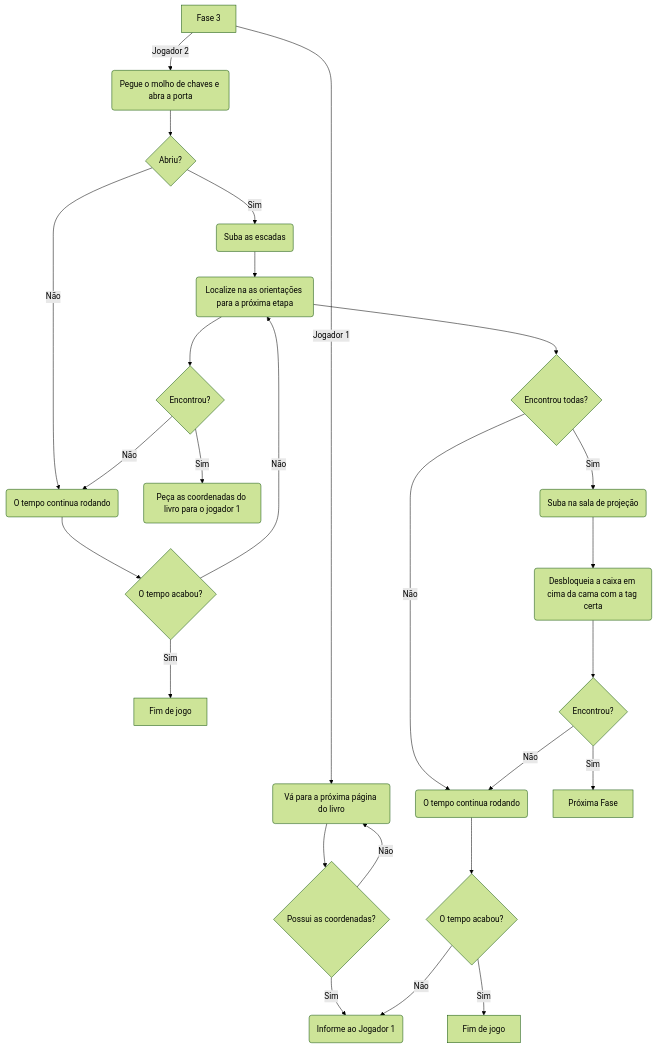
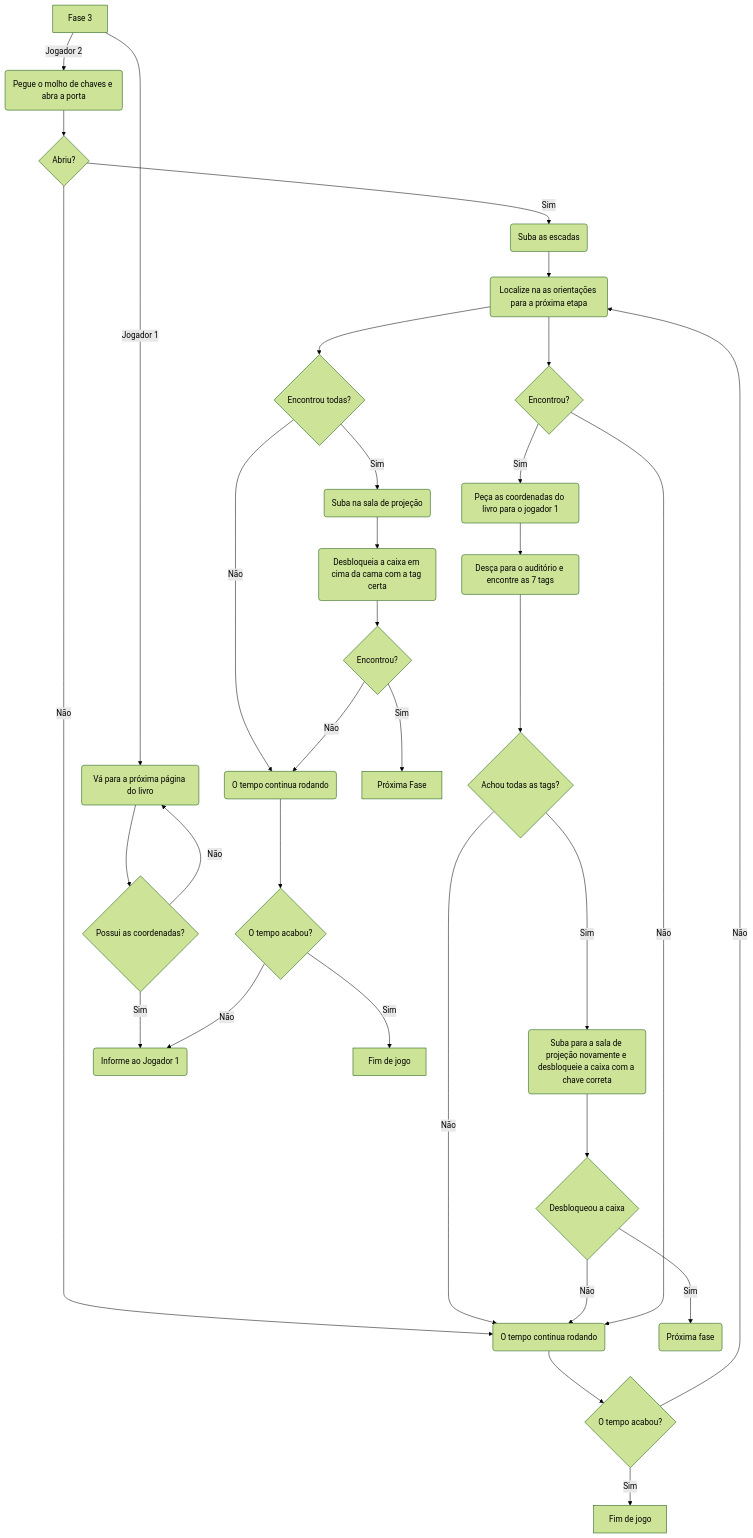
One commit to DinamicCreative/EscapeRoom changed the fourth of 4 diagrams in README.md. Above: the diagram before and after it, drawn with Mermaid (forest theme).

````diff
--- a/README.md
+++ b/README.md
@@ -110,38 +110,45 @@
 ```mermaid
 flowchart TD
   AA[Fase 3]
   AA --> |Jogador 1| BB(Vá para a próxima página do livro)
   AA --> |Jogador 2| CC(Pegue o molho de chaves e abra a porta)
   CC --> DD{Abriu?}
  
  DD --> |Sim| EE(Suba as escadas)
 DD --> |Não| HH
 
 
  EE --> JJ(Localize na as orientações para a próxima etapa)
  JJ --> KK{Encontrou?}
  KK --> |Sim| LL(Peça as coordenadas do livro para o jogador 1)
+ LL --> AAA(Desça para o auditório e encontre as 7 tags)
+ AAA ---> BBB{Achou todas as tags?}
+ BBB ---> |Não| HH
+ BBB ---> |Sim| CCC(Suba para a sala de projeção novamente e desbloqueie a caixa com a chave correta)
+ CCC ---> DDD{Desbloqueou a caixa}
+ DDD ---> |Sim| EEE(Próxima fase)
+ DDD ---> |Não| HH
  KK --> |Não| HH(O tempo continua rodando)
   HH --> MM{O tempo acabou?}
   MM --> |Sim| II[Fim de jogo]
   MM --> |Não| JJ
 
 
 BB --> RR{Possui as coordenadas?}
 RR -->  |Sim| SS(Informe ao Jogador 1)
 RR -->  |Não| BB
 
 JJ --> UU{Encontrou todas?}
 UU --> |Sim|PP(Suba na sala de projeção)
 UU --> |Não| QQ(O tempo continua rodando)
   QQ --> VV{O tempo acabou?}
   VV --> |Sim| WW[Fim de jogo]
   VV --> |Não| SS
 
 
   PP --> ZZ(Desbloqueia a caixa em cima da cama com a tag certa)
   ZZ --> XX{Encontrou?}
   XX --> |Não|QQ
   XX --> |Sim| OO[Próxima Fase]
 
 ```
````
